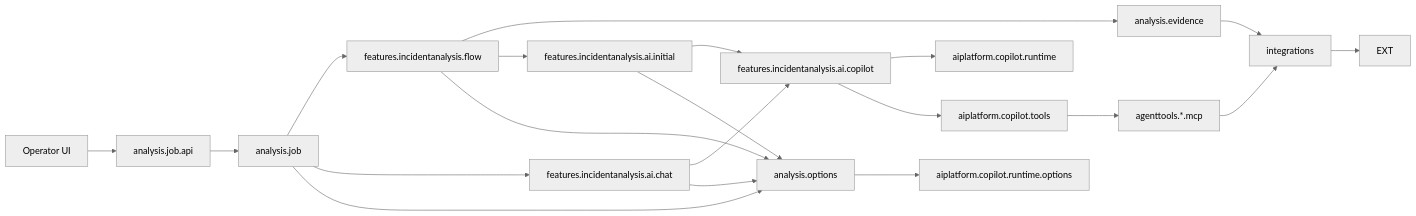
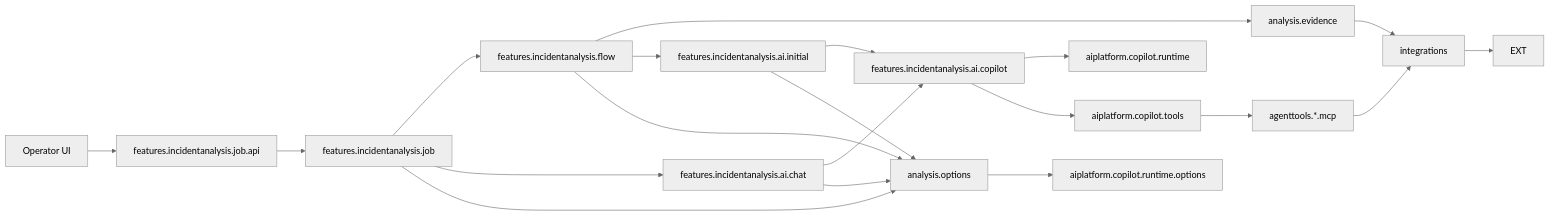
Before and after one commit to herald-assistant/incident-tracker: the first of 2 diagrams in docs/architecture/05-package-dependencies.md, drawn with Mermaid (neutral theme). The commit also changed other lines of this file and 33 other files, not shown here.

````diff
--- a/docs/architecture/05-package-dependencies.md
+++ b/docs/architecture/05-package-dependencies.md
@@ -91,26 +92,26 @@
 ```mermaid
 flowchart LR
-    OP["Operator UI"] --> JOBAPI["analysis.job.api"]
-    JOBAPI --> JOB["analysis.job"]
+    OP["Operator UI"] --> JOBAPI["features.incidentanalysis.job.api"]
+    JOBAPI --> JOB["features.incidentanalysis.job"]
     JOB --> FLOW["features.incidentanalysis.flow"]
 
     FLOW --> EVIDENCE["analysis.evidence"]
     EVIDENCE --> INTEGRATIONS["integrations"]
     INTEGRATIONS --> EXT
 
     FLOW --> INITIAL["features.incidentanalysis.ai.initial"]
     INITIAL --> INCIDENTCOPILOT["features.incidentanalysis.ai.copilot"]
     INCIDENTCOPILOT --> AIPLATFORM["aiplatform.copilot.runtime"]
     INCIDENTCOPILOT --> TOOLS["aiplatform.copilot.tools"]
     TOOLS --> MCP["agenttools.*.mcp"]
     MCP --> INTEGRATIONS
 
     JOB --> CHAT
     CHAT["features.incidentanalysis.ai.chat"] --> INCIDENTCOPILOT
 
     JOB --> OPTIONS["analysis.options"]
     FLOW --> OPTIONS
     INITIAL --> OPTIONS
     CHAT --> OPTIONS
     OPTIONS --> PLATFORMOPTIONS["aiplatform.copilot.runtime.options"]
 ```
````
